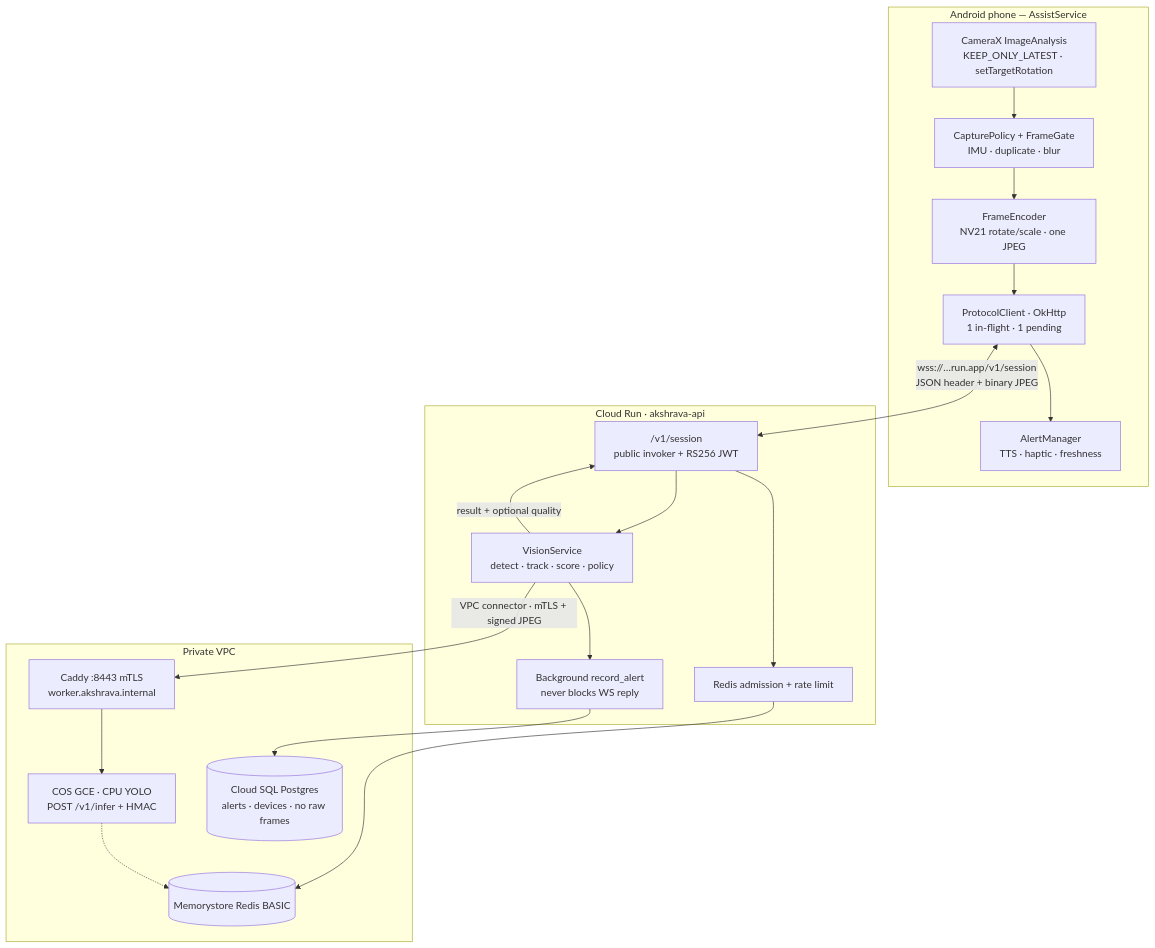
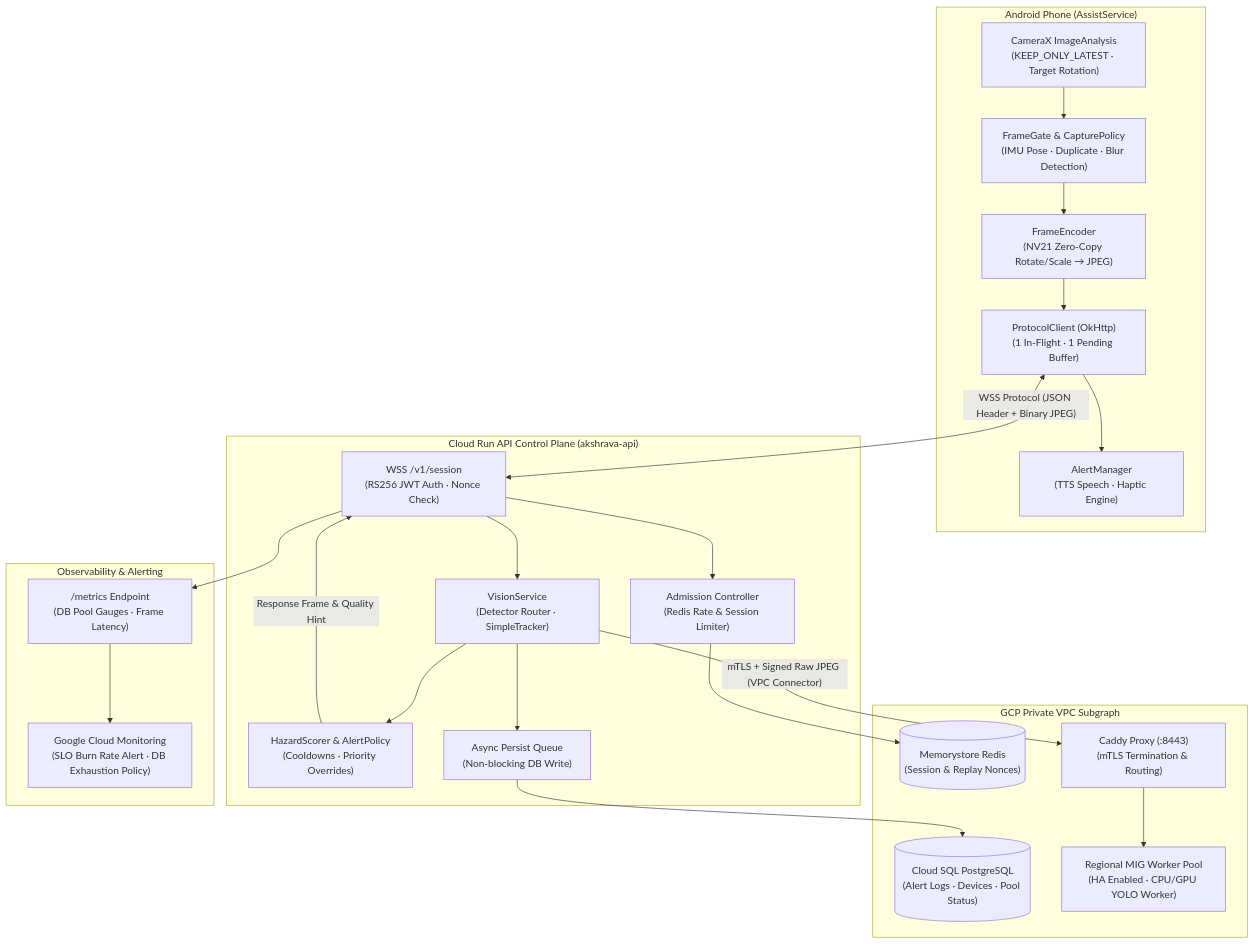
The first of 2 diagrams in README.md (kethanva/akshrava), drawn with Mermaid before and after one commit. The commit also changed other lines of this file and 1 other file, not shown here.

Commit message:
docs: overhaul README with end-to-end architecture and sequence diagrams

````diff
--- a/README.md
+++ b/README.md
@@ -24,36 +19,47 @@
 ```mermaid
 flowchart TB
-  subgraph Phone["Android phone — AssistService"]
-    Cam["CameraX ImageAnalysis<br/>KEEP_ONLY_LATEST · setTargetRotation"]
-    Gate["CapturePolicy + FrameGate<br/>IMU · duplicate · blur"]
-    Enc["FrameEncoder<br/>NV21 rotate/scale · one JPEG"]
-    WSS["ProtocolClient · OkHttp<br/>1 in-flight · 1 pending"]
-    Alert["AlertManager<br/>TTS · haptic · freshness"]
-    Cam --> Gate --> Enc --> WSS
-    WSS --> Alert
-  end
+    subgraph Client["Android Phone (AssistService)"]
+        Cam["CameraX ImageAnalysis<br/>(KEEP_ONLY_LATEST · Target Rotation)"]
+        Gate["FrameGate & CapturePolicy<br/>(IMU Pose · Duplicate · Blur Detection)"]
+        Enc["FrameEncoder<br/>(NV21 Zero-Copy Rotate/Scale → JPEG)"]
+        WSS["ProtocolClient (OkHttp)<br/>(1 In-Flight · 1 Pending Buffer)"]
+        Alert["AlertManager<br/>(TTS Speech · Haptic Engine)"]
+        
+        Cam --> Gate --> Enc --> WSS
+        WSS --> Alert
+    end
 
-  subgraph CR["Cloud Run · akshrava-api"]
-    Sess["/v1/session<br/>public invoker + RS256 JWT"]
-    Admit["Redis admission + rate limit"]
-    VS["VisionService<br/>detect · track · score · policy"]
-    Persist["Background record_alert<br/>never blocks WS reply"]
-    Sess --> Admit
-    Sess --> VS --> Persist
-  end
+    subgraph API["Cloud Run API Control Plane (akshrava-api)"]
+        WSHandler["WSS /v1/session<br/>(RS256 JWT Auth · Nonce Check)"]
+        Admission["Admission Controller<br/>(Redis Rate & Session Limiter)"]
+        VisionEngine["VisionService<br/>(Detector Router · SimpleTracker)"]
+        Scorer["HazardScorer & AlertPolicy<br/>(Cooldowns · Priority Overrides)"]
+        AsyncStore["Async Persist Queue<br/>(Non-blocking DB Write)"]
+        
+        WSHandler --> Admission
+        WSHandler --> VisionEngine --> Scorer
+        VisionEngine --> AsyncStore
+    end
 
-  subgraph VPC["Private VPC"]
-    Redis[("Memorystore Redis BASIC")]
-    SQL[("Cloud SQL Postgres<br/>alerts · devices · no raw frames")]
-    Caddy["Caddy :8443 mTLS<br/>worker.akshrava.internal"]
-    Worker["COS GCE · CPU YOLO<br/>POST /v1/infer + HMAC"]
-    Caddy --> Worker
-  end
+    subgraph VPC["GCP Private VPC Subgraph"]
+        Redis[("Memorystore Redis<br/>(Session & Replay Nonces)")]
+        CloudSQL[("Cloud SQL PostgreSQL<br/>(Alert Logs · Devices · Pool Status)")]
+        Caddy["Caddy Proxy (:8443)<br/>(mTLS Termination & Routing)"]
+        WorkerMIG["Regional MIG Worker Pool<br/>(HA Enabled · CPU/GPU YOLO Worker)"]
+        
+        Caddy --> WorkerMIG
+    end
 
-  WSS <-->|"wss://…run.app/v1/session<br/>JSON header + binary JPEG"| Sess
-  Admit --> Redis
-  Persist --> SQL
-  VS -->|"VPC connector · mTLS + signed JPEG"| Caddy
-  Worker -.-> Redis
-  VS -->|"result + optional quality"| Sess
+    subgraph Monitoring["Observability & Alerting"]
+        PromMetrics["/metrics Endpoint<br/>(DB Pool Gauges · Frame Latency)"]
+        CloudMon["Google Cloud Monitoring<br/>(SLO Burn Rate Alert · DB Exhaustion Policy)"]
+        
+        WSHandler --> PromMetrics --> CloudMon
+    end
+
+    WSS <-->|"WSS Protocol (JSON Header + Binary JPEG)"| WSHandler
+    Admission --> Redis
+    AsyncStore --> CloudSQL
+    VisionEngine -->|"mTLS + Signed Raw JPEG (VPC Connector)"| Caddy
+    Scorer -->|"Response Frame & Quality Hint"| WSHandler
 ```
````
